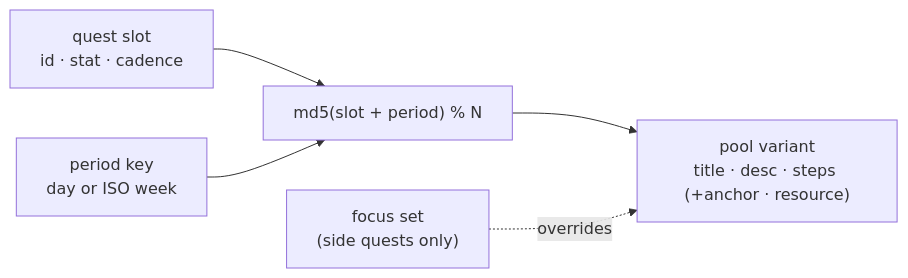
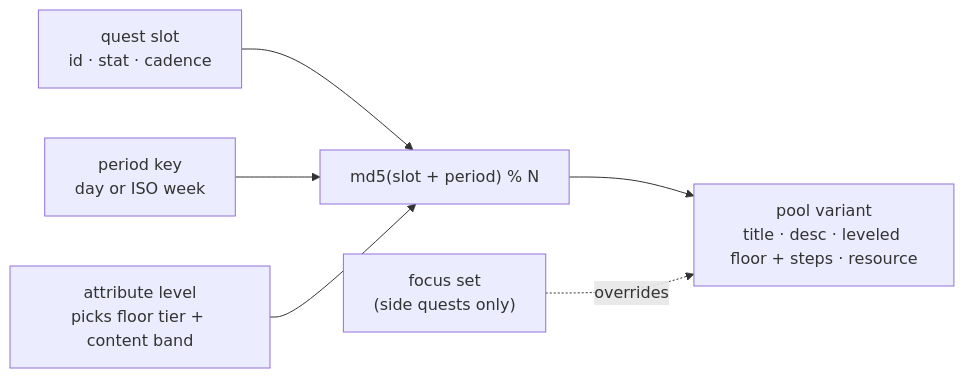
The first of 2 diagrams in DESIGN.md (thatkidplongy/arise), drawn with Mermaid before and after one commit. The commit also changed other lines of this file and 1 other file, not shown here.

First line of the commit message:
docs: progression system + plain-English architecture

````diff
--- a/DESIGN.md
+++ b/DESIGN.md
@@ -55,7 +55,8 @@
 ```mermaid
 flowchart LR
   slot["quest slot<br/>id · stat · cadence"] --> pick["md5(slot + period) % N"]
   period["period key<br/>day or ISO week"] --> pick
-  pick --> variant["pool variant<br/>title · desc · steps (+anchor · resource)"]
+  level["attribute level<br/>picks floor tier + content band"] --> pick
+  pick --> variant["pool variant<br/>title · desc · leveled floor + steps · resource"]
   focus["focus set<br/>(side quests only)"] -. overrides .-> variant
 ```
````
